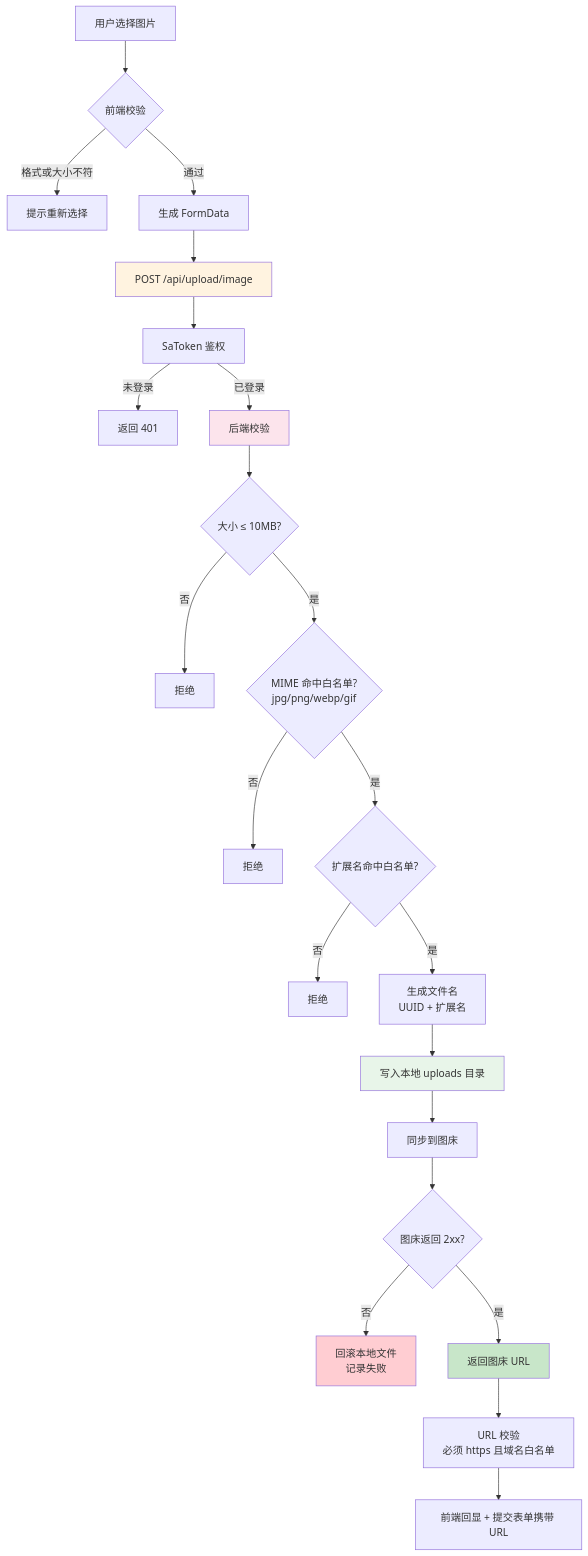
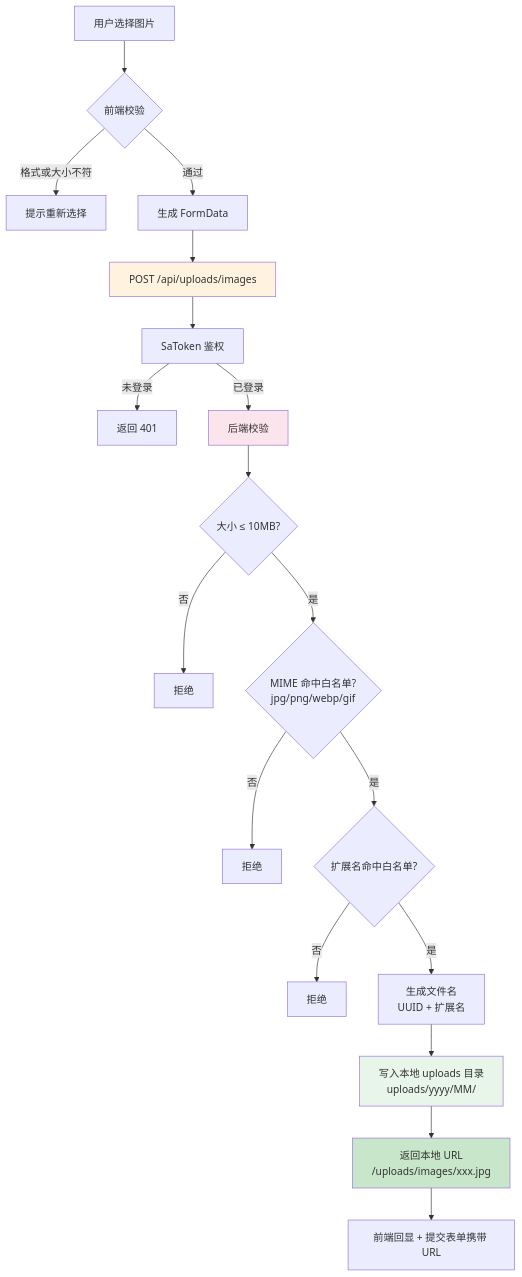
Diagram 16 of 30 in docs/项目图表.md (zwj-3193655211/campus-LostandFound), drawn with Mermaid before and after one commit. The commit also changed other lines of this file, not shown here.

Commit message:
docs: 修复项目图表与实际代码的差异

````diff
--- a/docs/项目图表.md
+++ b/docs/项目图表.md
@@ -790,31 +776,26 @@
 ```mermaid
 flowchart TD
     A[用户选择图片] --> B{前端校验}
     B -->|格式或大小不符| C[提示重新选择]
     B -->|通过| D[生成 FormData]
 
-    D --> E[POST /api/upload/image]
+    D --> E[POST /api/uploads/images]
     E --> F[SaToken 鉴权]
     F -->|未登录| F1[返回 401]
     F -->|已登录| G[后端校验]
     G --> G1{大小 ≤ 10MB?}
     G1 -->|否| G2[拒绝]
     G1 -->|是| G3{MIME 命中白名单?<br/>jpg/png/webp/gif}
     G3 -->|否| G3a[拒绝]
     G3 -->|是| G4{扩展名命中白名单?}
     G4 -->|否| G4a[拒绝]
     G4 -->|是| H[生成文件名<br/>UUID + 扩展名]
-    H --> I[写入本地 uploads 目录]
-    I --> I1[同步到图床]
-    I1 --> I2{图床返回 2xx?}
-    I2 -->|否| I3[回滚本地文件<br/>记录失败]
-    I2 -->|是| J[返回图床 URL]
-    J --> J1[URL 校验<br/>必须 https 且域名白名单]
-    J1 --> K[前端回显 + 提交表单携带 URL]
+    H --> I[写入本地 uploads 目录<br/>uploads/yyyy/MM/]
+    I --> J[返回本地 URL<br/>/uploads/images/xxx.jpg]
+    J --> K[前端回显 + 提交表单携带 URL]
 
     style E fill:#fff3e0
     style G fill:#fce4ec
     style I fill:#e8f5e9
     style J fill:#c8e6c9
-    style I3 fill:#ffcdd2
 ```
````
